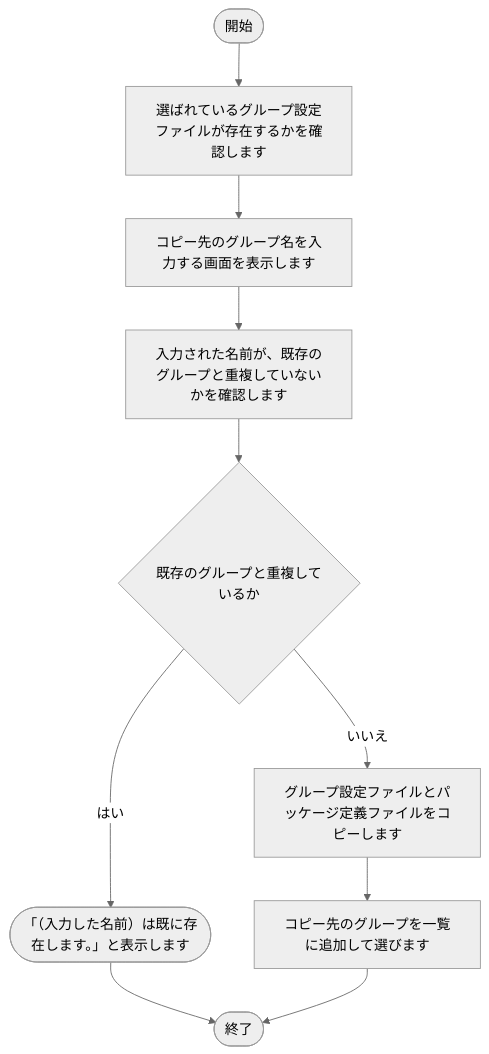
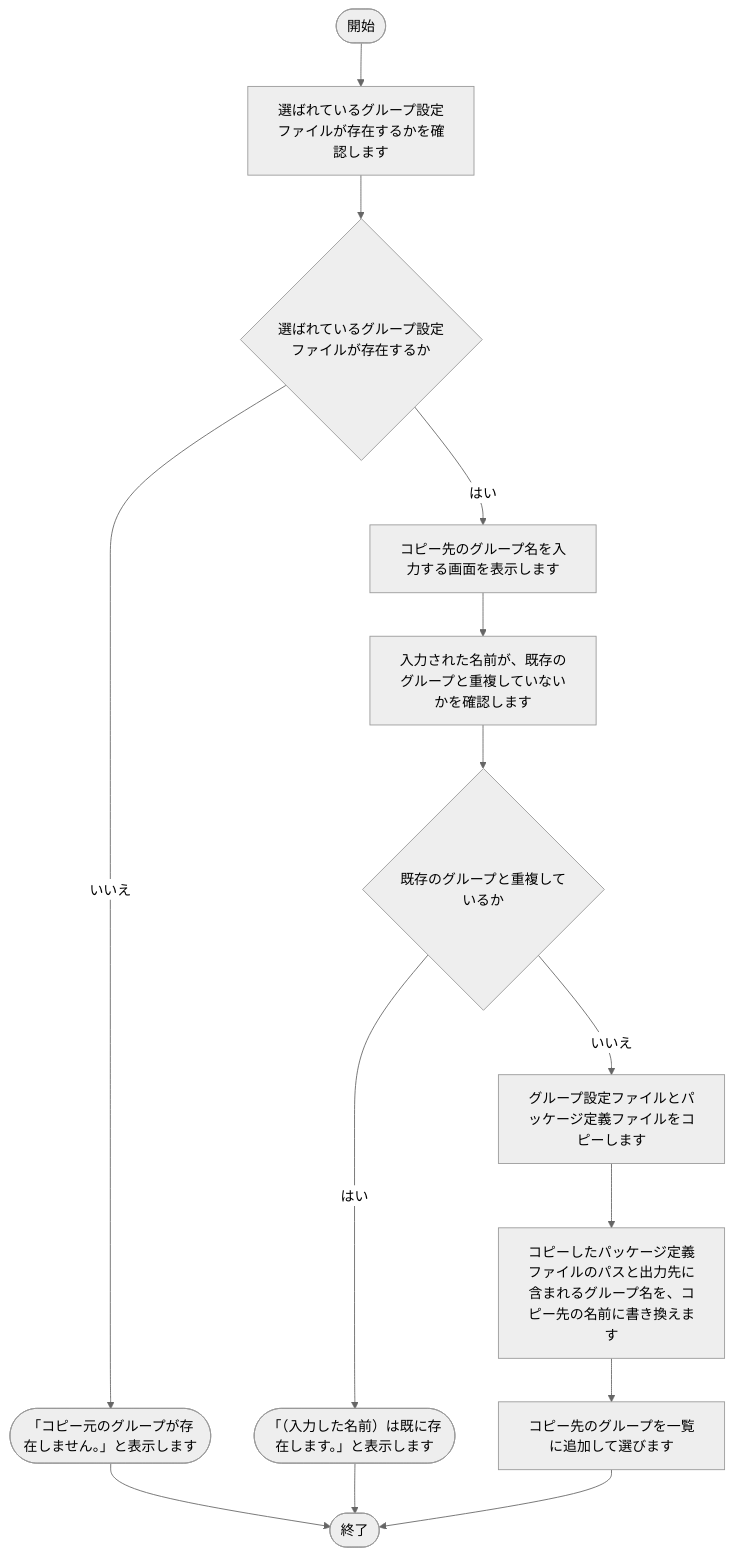
Before and after one commit to nishida2073/project_management: the eighth of 13 diagrams in tool/package-generator/doc/02_設計/処理フロー.md, drawn with Mermaid (neutral theme). The commit also changed other lines of this file and 4 other files, not shown here.

````diff
--- a/tool/package-generator/doc/02_設計/処理フロー.md
+++ b/tool/package-generator/doc/02_設計/処理フロー.md
@@ -247,21 +247,28 @@
 ```mermaid
 flowchart TD
     S(["開始"])
     E(["終了"])
     N1["選ばれているグループ設定ファイルが存在するかを確認します"]
     S --> N1
+    N1D{"選ばれているグループ設定ファイルが存在するか"}
+    N1 --> N1D
+    X1(["「コピー元のグループが存在しません。」と表示します"])
+    N1D -- いいえ --> X1
+    X1 --> E
     N2["コピー先のグループ名を入力する画面を表示します"]
-    N1 --> N2
+    N1D -- はい --> N2
     N3["入力された名前が、既存のグループと重複していないかを確認します"]
     N2 --> N3
     N6{"既存のグループと重複しているか"}
     N3 --> N6
     X6(["「（入力した名前）は既に存在します。」と表示します"])
     N6 -- はい --> X6
     X6 --> E
     N4["グループ設定ファイルとパッケージ定義ファイルをコピーします"]
     N6 -- いいえ --> N4
+    N4R["コピーしたパッケージ定義ファイルのパスと出力先に含まれるグループ名を、コピー先の名前に書き換えます"]
+    N4 --> N4R
     N5["コピー先のグループを一覧に追加して選びます"]
-    N4 --> N5
+    N4R --> N5
     N5 --> E
 ```
````
